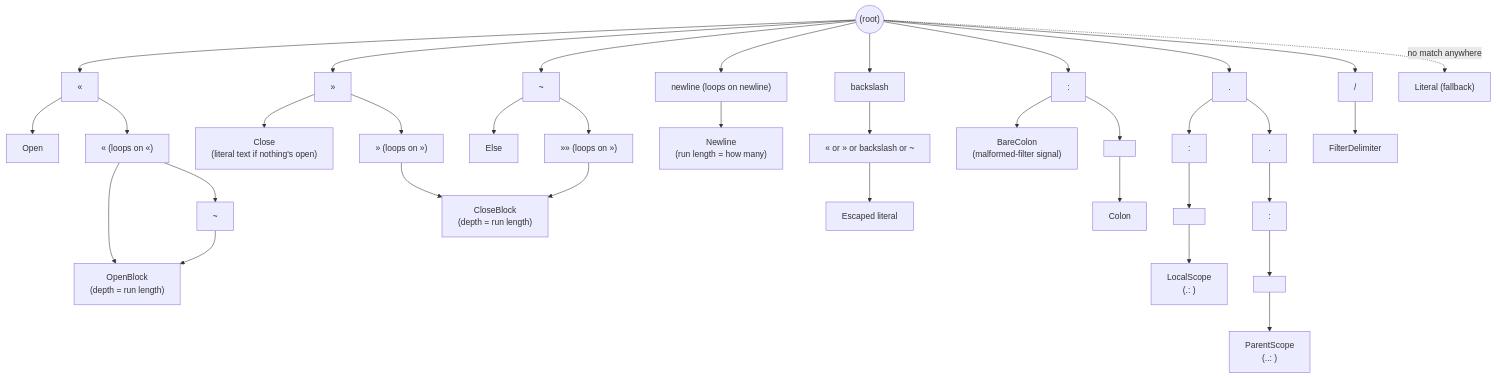
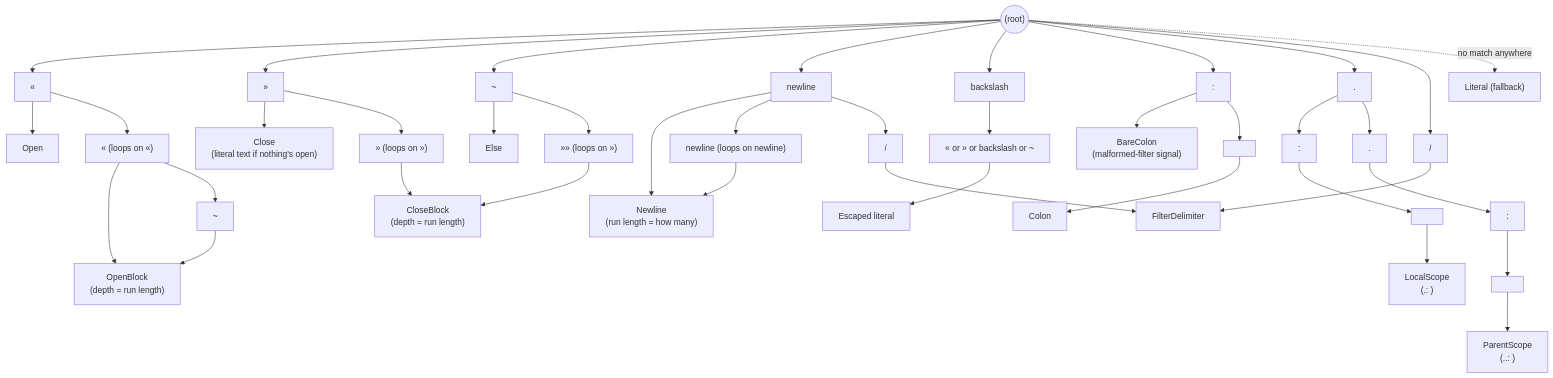
The second of 3 diagrams in docs/architecture.md (cihandeniz/guillemets), drawn with Mermaid before and after one commit. The commit also changed other lines of this file and 17 other files, not shown here.

````diff
--- a/docs/architecture.md
+++ b/docs/architecture.md
@@ -47,19 +47,21 @@
 ```mermaid
 flowchart TB
     Root(("(root)"))
     Root --> Open["«"] --> OpenKind["Open"]
     Open --> OpenOpen["« (loops on «)"] --> OpenBlockKind["OpenBlock\n(depth = run length)"]
     Root --> Close["»"] --> CloseKind["Close\n(literal text if nothing's open)"]
     Close --> CloseClose["» (loops on »)"] --> CloseBlockKind["CloseBlock\n(depth = run length)"]
     OpenOpen --> OpenTrim["~"] --> OpenBlockKind
     Root --> Tilde["~"] --> ElseKind["Else"]
     Tilde --> TildeClose["»» (loops on »)"] --> CloseBlockKind
-    Root --> NewlineChar["newline (loops on newline)"] --> NewlineKind["Newline\n(run length = how many)"]
+    Root --> NewlineOne["newline"] --> NewlineKind["Newline\n(run length = how many)"]
+    NewlineOne --> NewlineRest["newline (loops on newline)"] --> NewlineKind
+    NewlineOne --> WrapSlash["/"] --> FilterDelimiterKind
     Root --> Esc["backslash"] --> EscChar["« or » or backslash or ~"] --> EscapedKind["Escaped literal"]
     Root --> Colon[":"] --> BareColonKind["BareColon\n(malformed-filter signal)"]
     Colon --> ColonSpace[" "] --> ColonKind["Colon"]
     Root --> Dot["."] --> DotColon[":"] --> DotColonSpace[" "] --> LocalScopeKind["LocalScope\n(.: )"]
     Dot --> DotDot["."] --> DotDotColon[":"] --> DotDotColonSpace[" "] --> ParentScopeKind["ParentScope\n(..: )"]
     Root --> SpaceSlashSpace[" / "] --> FilterDelimiterKind["FilterDelimiter"]
     Root -.no match anywhere.-> LiteralKind["Literal (fallback)"]
 ```
````
